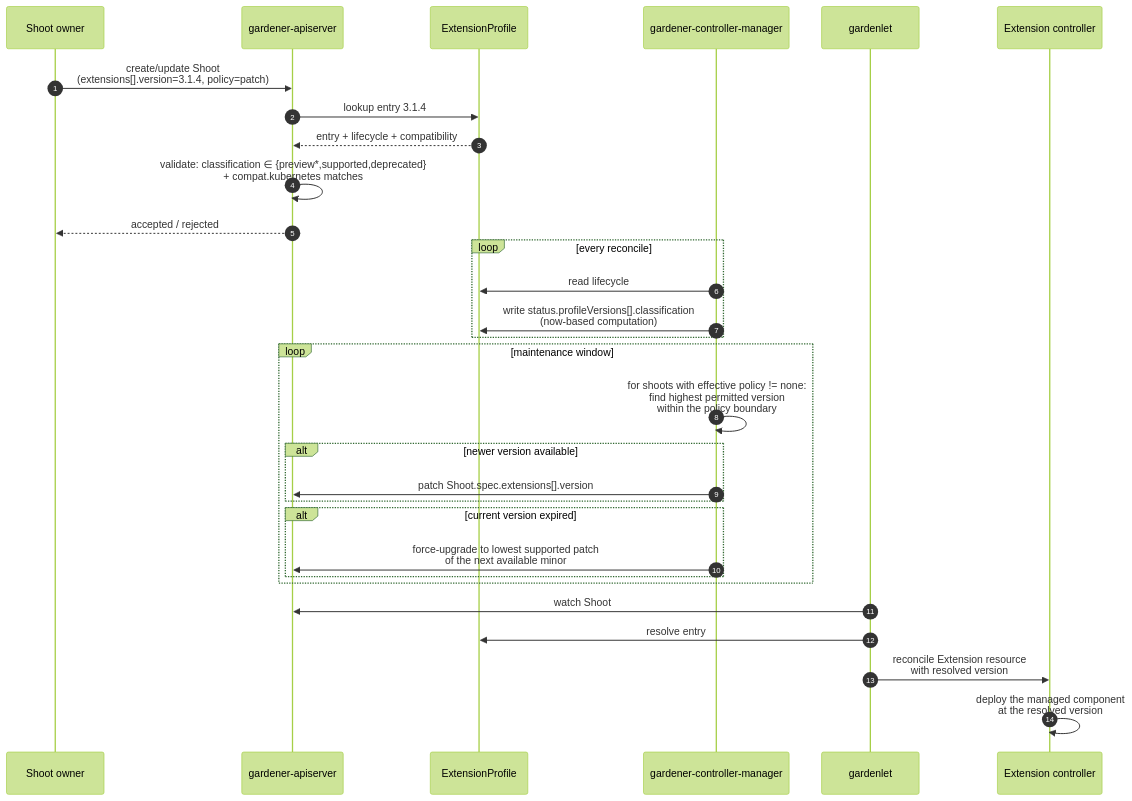
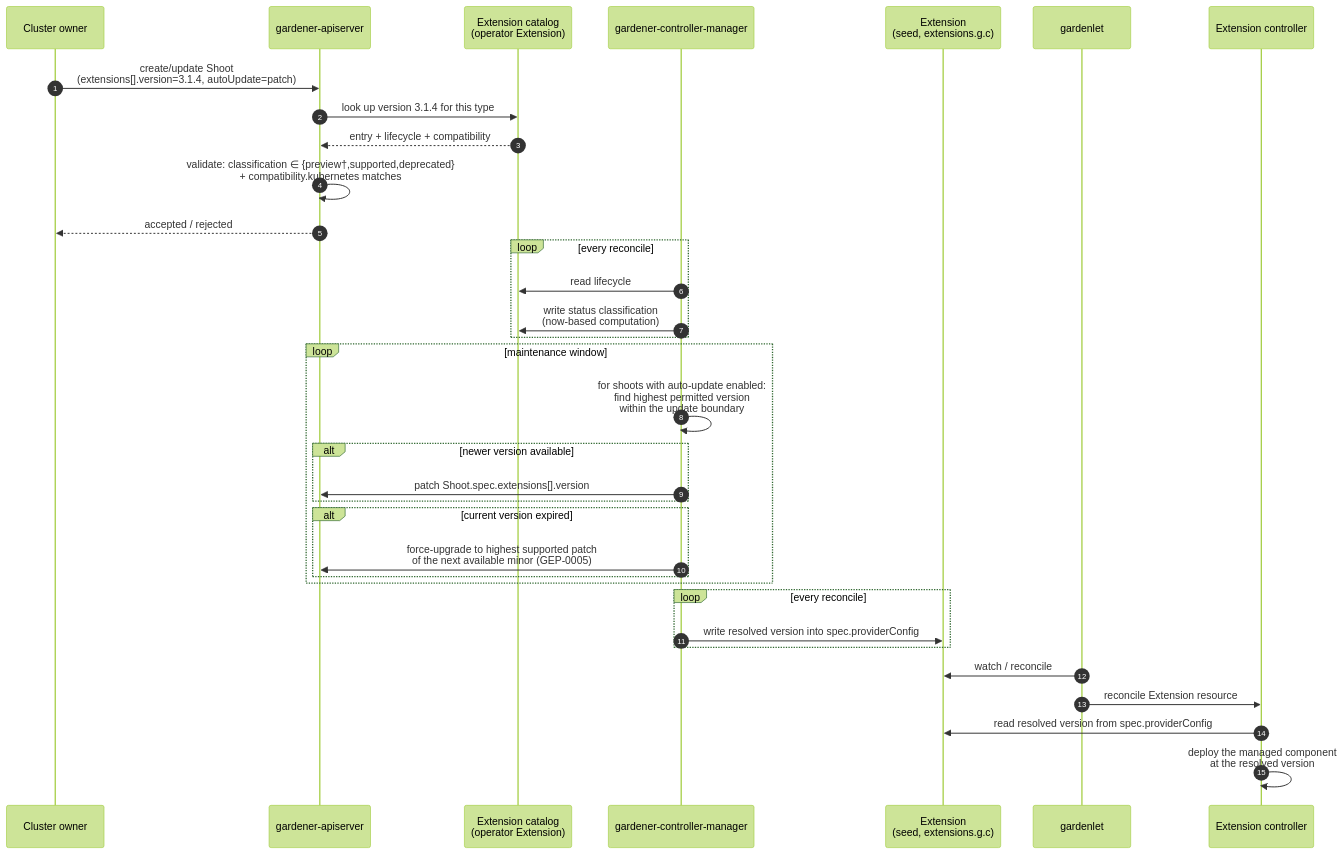
Before and after one commit to DockToFuture/enhancements: the third of 3 diagrams in geps/0078-extension-profile/README.md, drawn with Mermaid (forest theme). The commit also changed other lines of this file and 4 other files, not shown here.

````diff
--- a/geps/0078-extension-profile/README.md
+++ b/geps/0078-extension-profile/README.md
@@ -595,36 +474,41 @@
 ```mermaid
 sequenceDiagram
   autonumber
-  participant Owner as Shoot owner
+  participant Owner as Cluster owner
   participant API as gardener-apiserver
-  participant PROF as ExtensionProfile
+  participant CAT as Extension catalog<br/>(operator Extension)
   participant GCM as gardener-controller-manager
+  participant SEED as Extension<br/>(seed, extensions.g.c)
   participant GL as gardenlet
   participant EXT as Extension controller
 
-  Owner->>API: create/update Shoot<br/>(extensions[].version=3.1.4, policy=patch)
-  API->>PROF: lookup entry 3.1.4
-  PROF-->>API: entry + lifecycle + compatibility
-  API->>API: validate: classification ∈ {preview*,supported,deprecated}<br/>+ compat.kubernetes matches
+  Owner->>API: create/update Shoot<br/>(extensions[].version=3.1.4, autoUpdate=patch)
+  API->>CAT: look up version 3.1.4 for this type
+  CAT-->>API: entry + lifecycle + compatibility
+  API->>API: validate: classification ∈ {preview†,supported,deprecated}<br/>+ compatibility.kubernetes matches
   API-->>Owner: accepted / rejected
 
   loop every reconcile
-    GCM->>PROF: read lifecycle
-    GCM->>PROF: write status.profileVersions[].classification<br/>(now-based computation)
+    GCM->>CAT: read lifecycle
+    GCM->>CAT: write status classification<br/>(now-based computation)
   end
 
   loop maintenance window
-    GCM->>GCM: for shoots with effective policy != none:<br/>find highest permitted version<br/>within the policy boundary
+    GCM->>GCM: for shoots with auto-update enabled:<br/>find highest permitted version<br/>within the update boundary
     alt newer version available
       GCM->>API: patch Shoot.spec.extensions[].version
     end
     alt current version expired
-      GCM->>API: force-upgrade to lowest supported patch<br/>of the next available minor
+      GCM->>API: force-upgrade to highest supported patch<br/>of the next available minor (GEP-0005)
     end
   end
 
-  GL->>API: watch Shoot
-  GL->>PROF: resolve entry
-  GL->>EXT: reconcile Extension resource<br/>with resolved version
+  loop every reconcile
+    GCM->>SEED: write resolved version into spec.providerConfig
+  end
+
+  GL->>SEED: watch / reconcile
+  GL->>EXT: reconcile Extension resource
+  EXT->>SEED: read resolved version from spec.providerConfig
   EXT->>EXT: deploy the managed component<br/>at the resolved version
 ```
````
